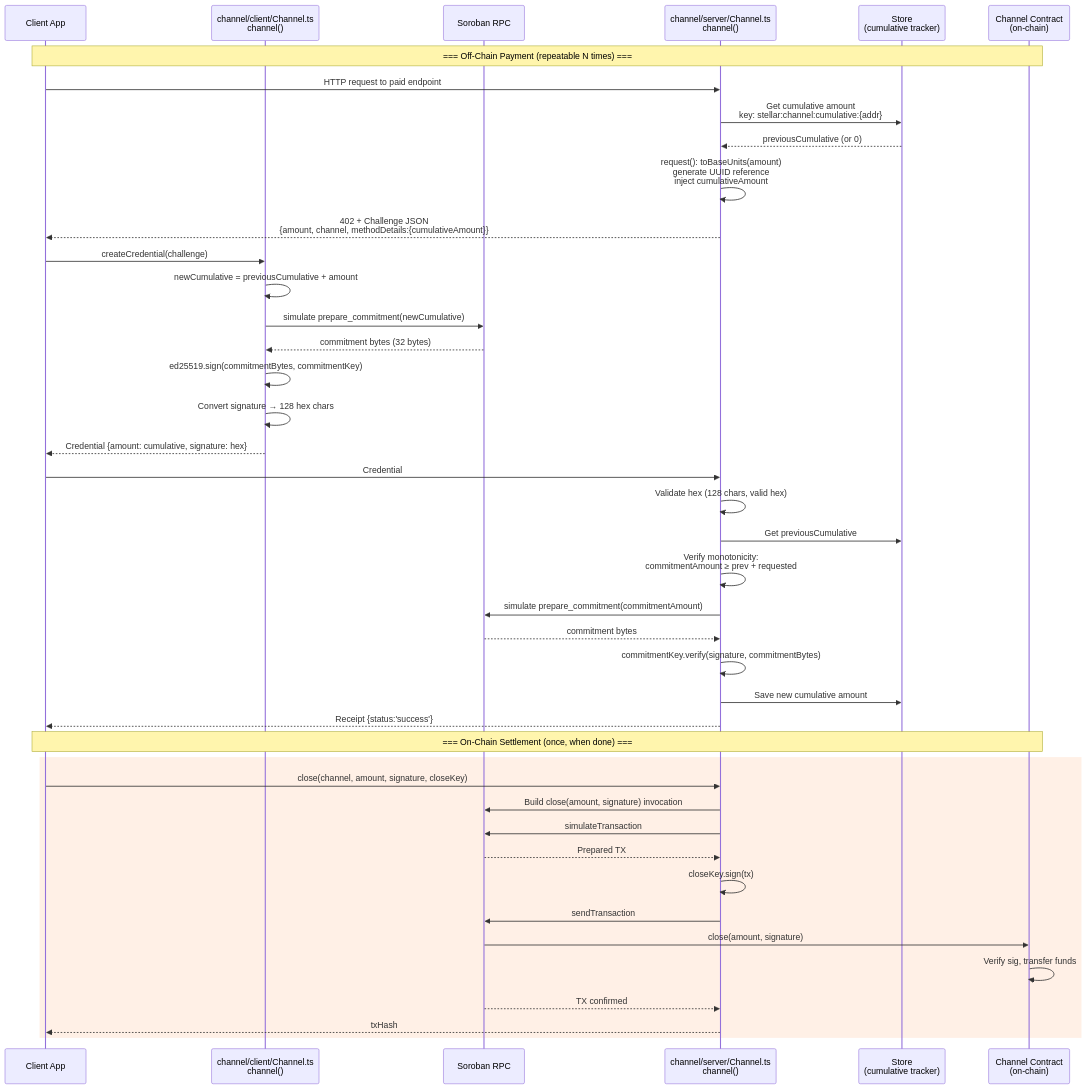
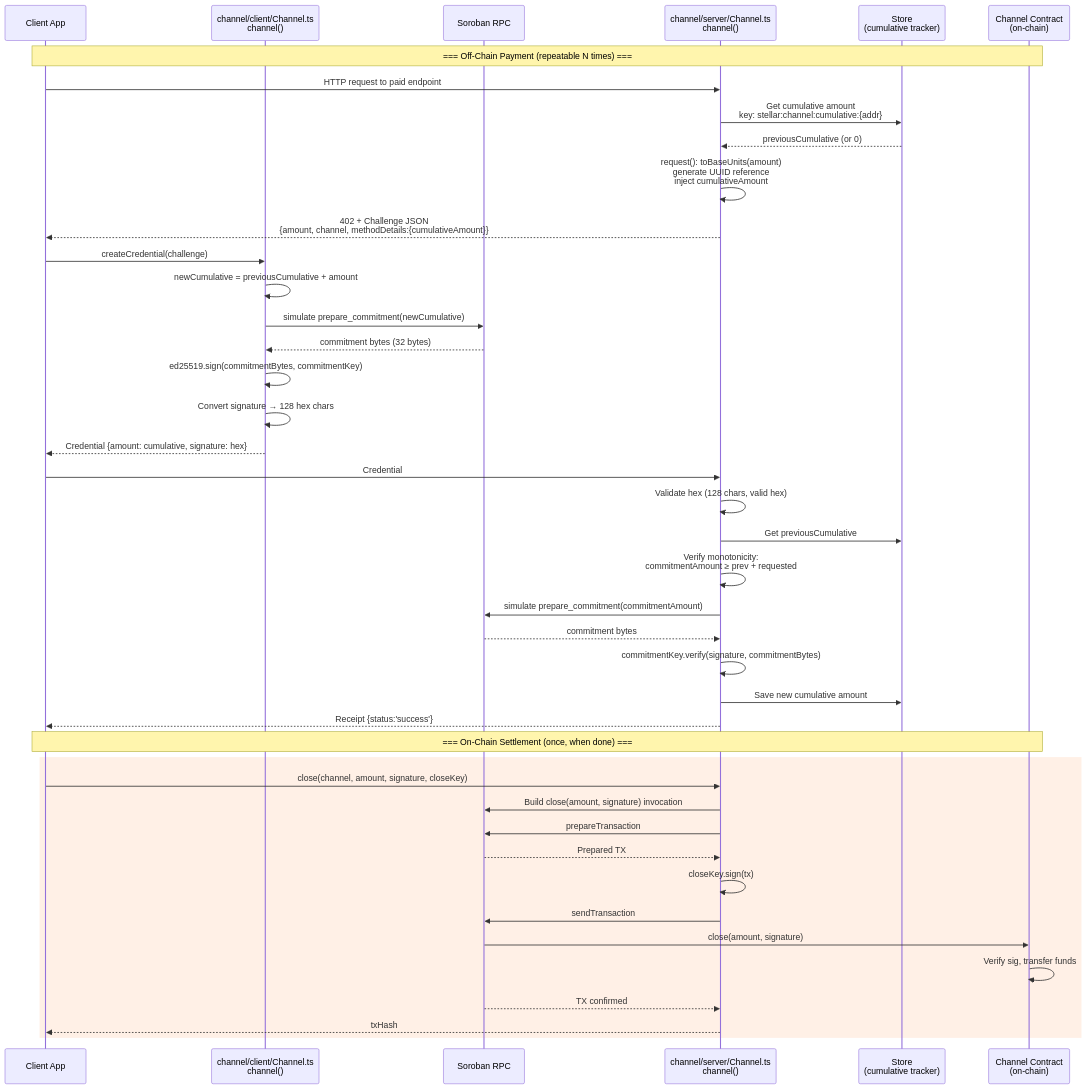
Before and after one commit to stellar-experimental/stellar-mpp-sdk: the diagram in diagrams/channel-flow.md, drawn with Mermaid. The commit also changed 3 other files, not shown here.

Commit message:
docs: fix diagram inaccuracies per PR review comments

````diff
--- a/diagrams/channel-flow.md
+++ b/diagrams/channel-flow.md
@@ -3,50 +3,50 @@
 ```mermaid
 sequenceDiagram
     participant App as Client App
     participant CC as channel/client/Channel.ts<br/>channel()
     participant RPC as Soroban RPC
     participant SC as channel/server/Channel.ts<br/>channel()
     participant Store as Store<br/>(cumulative tracker)
     participant Contract as Channel Contract<br/>(on-chain)
 
     Note over App,Contract: === Off-Chain Payment (repeatable N times) ===
 
     App->>SC: HTTP request to paid endpoint
     SC->>Store: Get cumulative amount<br/>key: stellar:channel:cumulative:{addr}
     Store-->>SC: previousCumulative (or 0)
     SC->>SC: request(): toBaseUnits(amount)<br/>generate UUID reference<br/>inject cumulativeAmount
     SC-->>App: 402 + Challenge JSON<br/>{amount, channel, methodDetails:{cumulativeAmount}}
 
     App->>CC: createCredential(challenge)
     CC->>CC: newCumulative = previousCumulative + amount
     CC->>RPC: simulate prepare_commitment(newCumulative)
     RPC-->>CC: commitment bytes (32 bytes)
     CC->>CC: ed25519.sign(commitmentBytes, commitmentKey)
     CC->>CC: Convert signature → 128 hex chars
     CC-->>App: Credential {amount: cumulative, signature: hex}
 
     App->>SC: Credential
     SC->>SC: Validate hex (128 chars, valid hex)
     SC->>Store: Get previousCumulative
     SC->>SC: Verify monotonicity:<br/>commitmentAmount ≥ prev + requested
     SC->>RPC: simulate prepare_commitment(commitmentAmount)
     RPC-->>SC: commitment bytes
     SC->>SC: commitmentKey.verify(signature, commitmentBytes)
     SC->>Store: Save new cumulative amount
     SC-->>App: Receipt {status:'success'}
 
     Note over App,Contract: === On-Chain Settlement (once, when done) ===
 
     rect rgb(255, 240, 230)
         App->>SC: close(channel, amount, signature, closeKey)
         SC->>RPC: Build close(amount, signature) invocation
-        SC->>RPC: simulateTransaction
+        SC->>RPC: prepareTransaction
         RPC-->>SC: Prepared TX
         SC->>SC: closeKey.sign(tx)
         SC->>RPC: sendTransaction
         RPC->>Contract: close(amount, signature)
         Contract->>Contract: Verify sig, transfer funds
         RPC-->>SC: TX confirmed
         SC-->>App: txHash
     end
 ```
````
